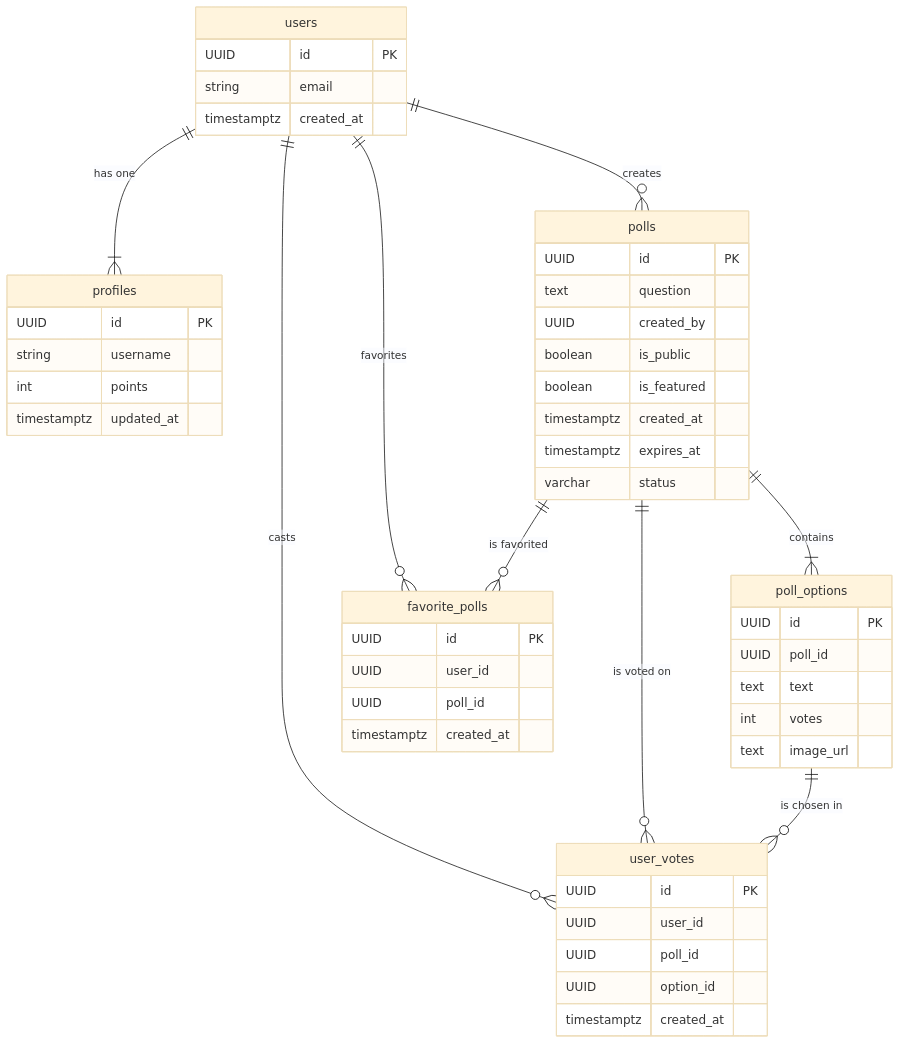
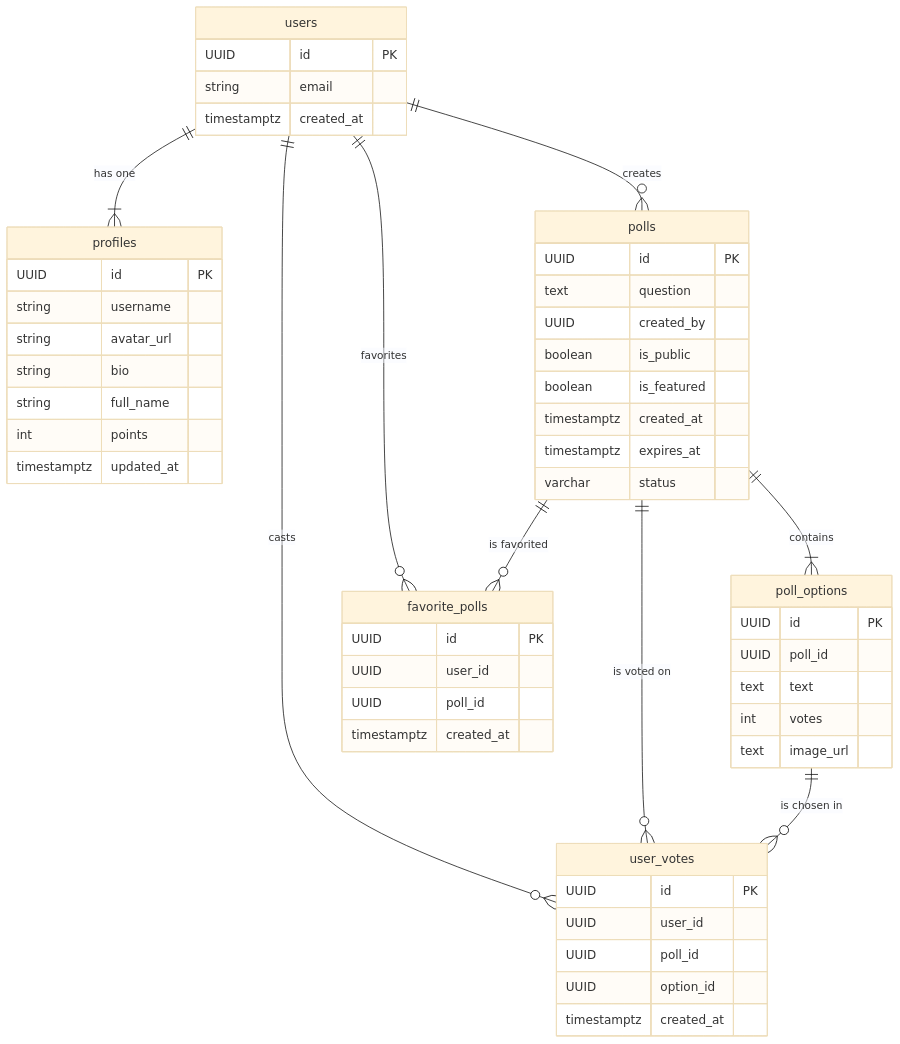
Before and after one commit to ChoiKyeongHoon/heyversus: the diagram in README.md, drawn with Mermaid (base theme). The commit also changed other lines of this file and 10 other files, not shown here.

````diff
--- a/README.md
+++ b/README.md
@@ -137,61 +139,64 @@
 ```mermaid
 erDiagram
     users ||--|{ profiles : "has one"
     users ||--o{ polls : "creates"
     users ||--o{ user_votes : "casts"
 
     polls ||--|{ poll_options : "contains"
     polls ||--o{ user_votes : "is voted on"
 
     poll_options ||--o{ user_votes : "is chosen in"
 
     users {
         UUID id PK
         string email
         timestamptz created_at
     }
 
     profiles {
         UUID id PK
         string username
+        string avatar_url
+        string bio
+        string full_name
         int points
         timestamptz updated_at
     }
 
     polls {
         UUID id PK
         text question
         UUID created_by
         boolean is_public
         boolean is_featured
         timestamptz created_at
         timestamptz expires_at
         varchar status
     }
 
     poll_options {
         UUID id PK
         UUID poll_id
         text text
         int votes
         text image_url
     }
 
     users ||--o{ favorite_polls : "favorites"
     polls ||--o{ favorite_polls : "is favorited"
 
     user_votes {
         UUID id PK
         UUID user_id
         UUID poll_id
         UUID option_id
         timestamptz created_at
     }
 
     favorite_polls {
         UUID id PK
         UUID user_id
         UUID poll_id
         timestamptz created_at
     }
 ```
````
